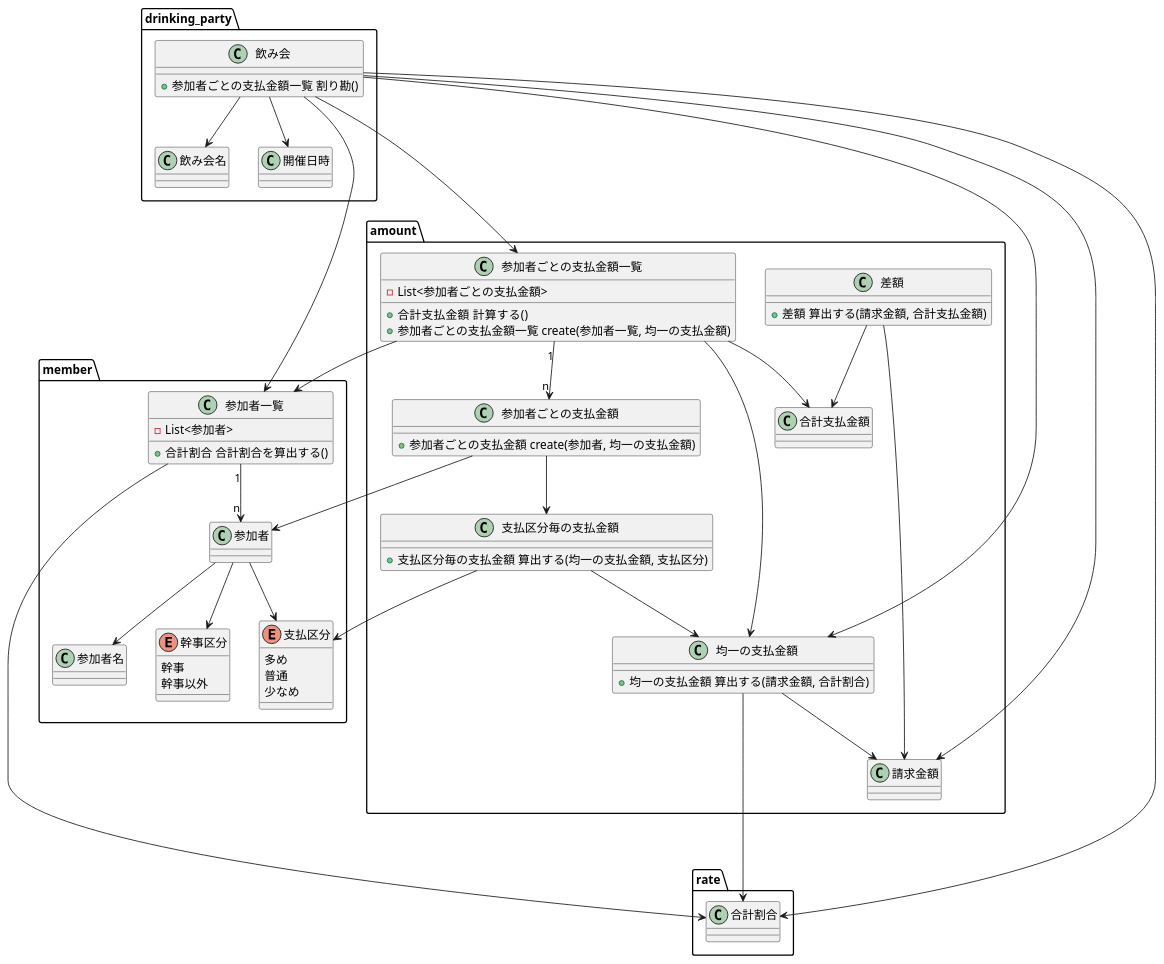
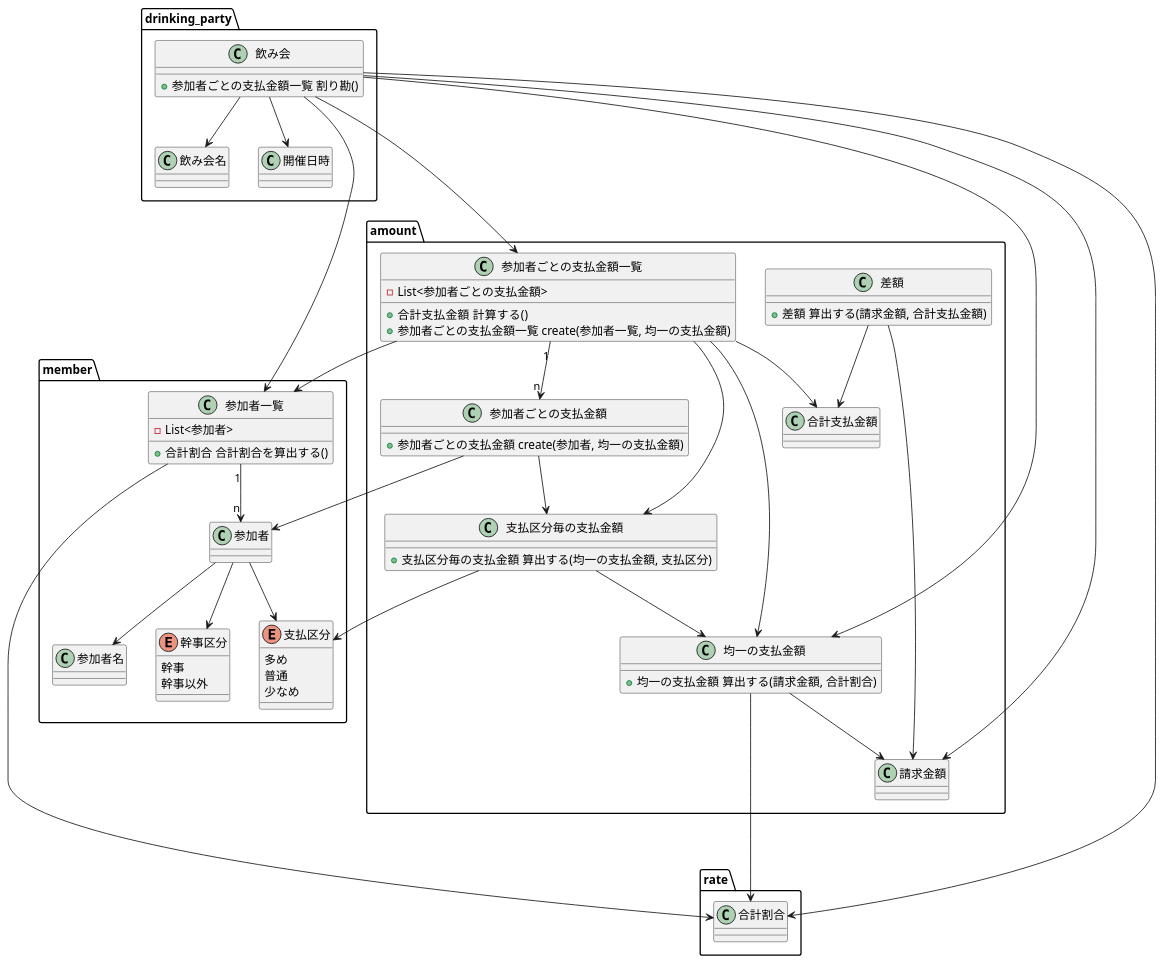
Before and after one commit to mmm00mmm/ddd-warikan: the diagram in doc/モデル３.puml, drawn with PlantUML.

Commit message:
モデル最終修正

```diff
--- a/doc/モデル３.puml
+++ b/doc/モデル３.puml
@@ -1,95 +1,96 @@
 @startuml
 
 package drinking_party {
     class 飲み会 {
         + 参加者ごとの支払金額一覧 割り勘()
     }
     class 飲み会名 {
     }
     class 開催日時 {
     }
 
     飲み会 --> 飲み会名
     飲み会 --> 開催日時
 }
 
 package member {
     class 参加者一覧 {
         - List<参加者>
         + 合計割合 合計割合を算出する()
     }
     class 参加者名 {
     }
     enum 幹事区分 {
         幹事
         幹事以外
     }
     enum 支払区分 {
         多め
         普通
         少なめ
     }
 
     参加者一覧 "1" --> "n" 参加者
     参加者 --> 参加者名
     参加者 --> 幹事区分
     参加者 --> 支払区分
 }
 
 package rate {
     class 合計割合 {
     }
 }
 
 
 package amount {
     class 請求金額 {
     }
     class 均一の支払金額 {
         + 均一の支払金額 算出する(請求金額, 合計割合)
     }
     class 支払区分毎の支払金額 {
         + 支払区分毎の支払金額 算出する(均一の支払金額, 支払区分)
     }
     class 参加者ごとの支払金額 {
         + 参加者ごとの支払金額 create(参加者, 均一の支払金額)
     }
     class 参加者ごとの支払金額一覧 {
         - List<参加者ごとの支払金額>
         + 合計支払金額  計算する()
         + 参加者ごとの支払金額一覧 create(参加者一覧, 均一の支払金額)
     }
     class 合計支払金額 {
     }
     class 差額 {
         + 差額 算出する(請求金額, 合計支払金額)
     }
 
     均一の支払金額 --> 請求金額
     参加者ごとの支払金額 --> 支払区分毎の支払金額
     参加者ごとの支払金額一覧 --> 均一の支払金額
     参加者ごとの支払金額一覧 "1" --> "n" 参加者ごとの支払金額
     参加者ごとの支払金額一覧 --> 合計支払金額
+    参加者ごとの支払金額一覧 --> 支払区分毎の支払金額
 
     支払区分毎の支払金額 --> 均一の支払金額
 
     差額 --> 請求金額
     差額 --> 合計支払金額
 }
 
 飲み会 --> 請求金額
 飲み会 ---> 参加者ごとの支払金額一覧
 飲み会 --> 均一の支払金額
 飲み会 --> 参加者一覧
 飲み会 --> 合計割合
 
 均一の支払金額 ----> 合計割合
 参加者一覧 ----> 合計割合
 
 参加者ごとの支払金額一覧 --> 参加者一覧
 
 参加者ごとの支払金額 --> 参加者
 
 支払区分毎の支払金額 --> 支払区分
 
 @enduml
```
